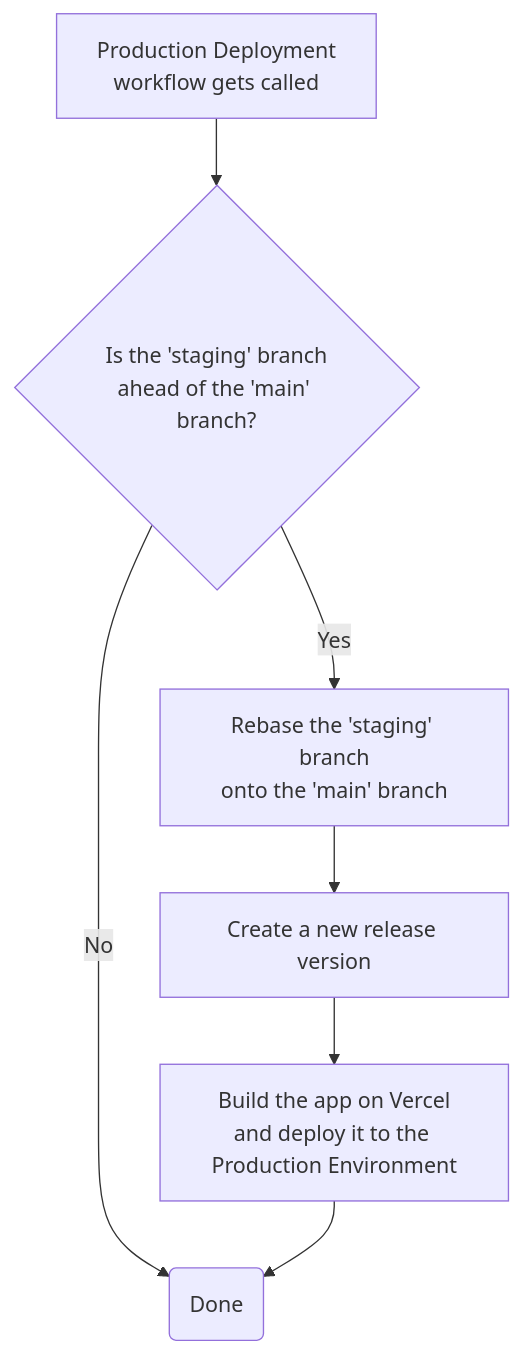
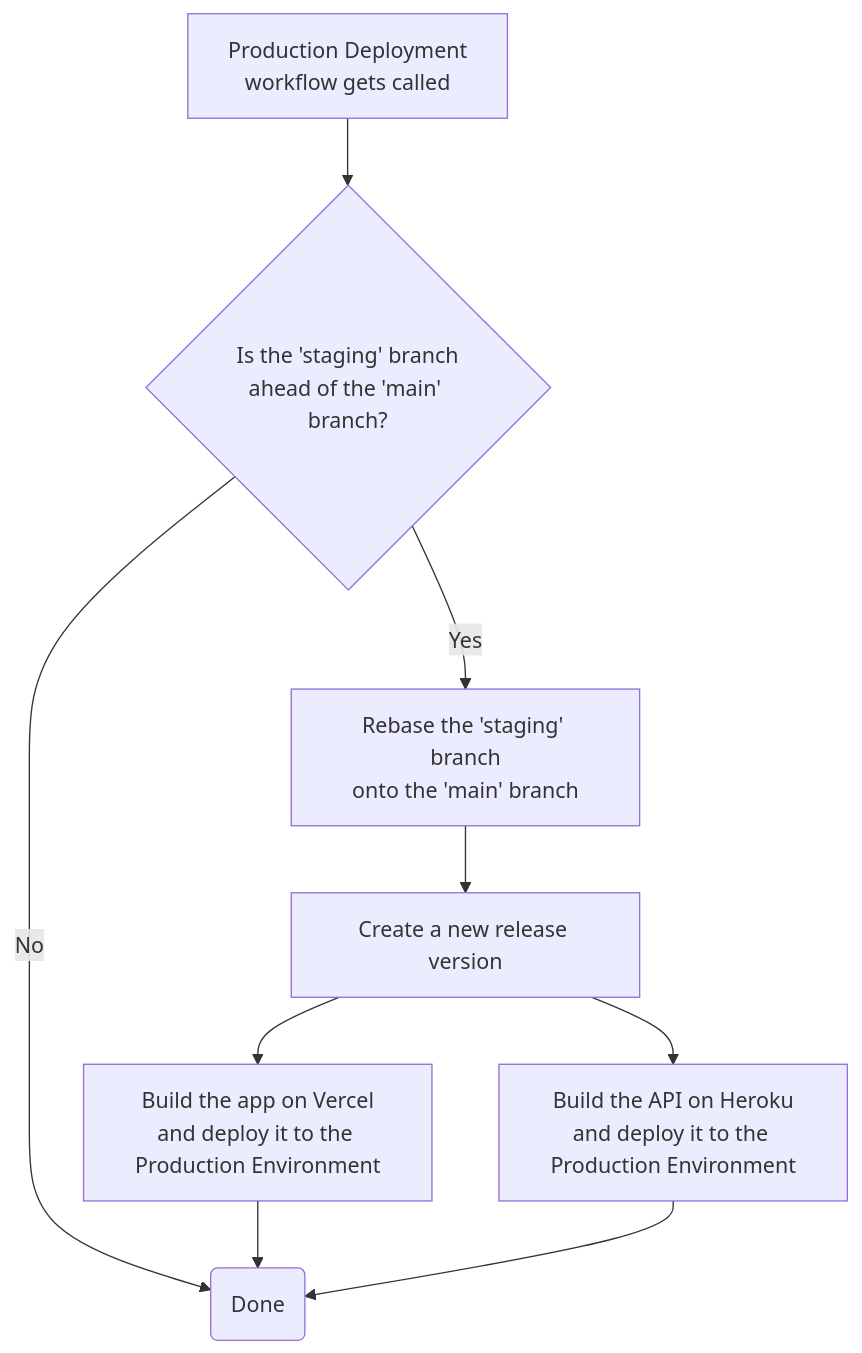
One commit to memser-spaceport/pln-directory-portal changed the diagram in docs/PRODUCTION_DEPLOYMENT.md. Above: the diagram before and after it, drawn with Mermaid. The commit also changed other lines of this file and 1 other file, not shown here.

Commit message:
docs(PL-349): update deployment diagrams

````diff
--- a/docs/PRODUCTION_DEPLOYMENT.md
+++ b/docs/PRODUCTION_DEPLOYMENT.md
@@ -12,10 +12,12 @@
 ```mermaid
 flowchart TD
     B{Is the 'staging' branch\nahead of the 'main' branch?}
     A[Production Deployment\nworkflow gets called] --> B
     B -->|Yes| C[Rebase the 'staging' branch\nonto the 'main' branch]
-    B -->|No| F(Done)
+    B -->|No| G(Done)
     C --> D[Create a new release version]
     D --> E[Build the app on Vercel\nand deploy it to the Production Environment]
-    E --> F
+    D --> F[Build the API on Heroku\nand deploy it to the Production Environment]
+    E --> G
+    F --> G
 ```
````
